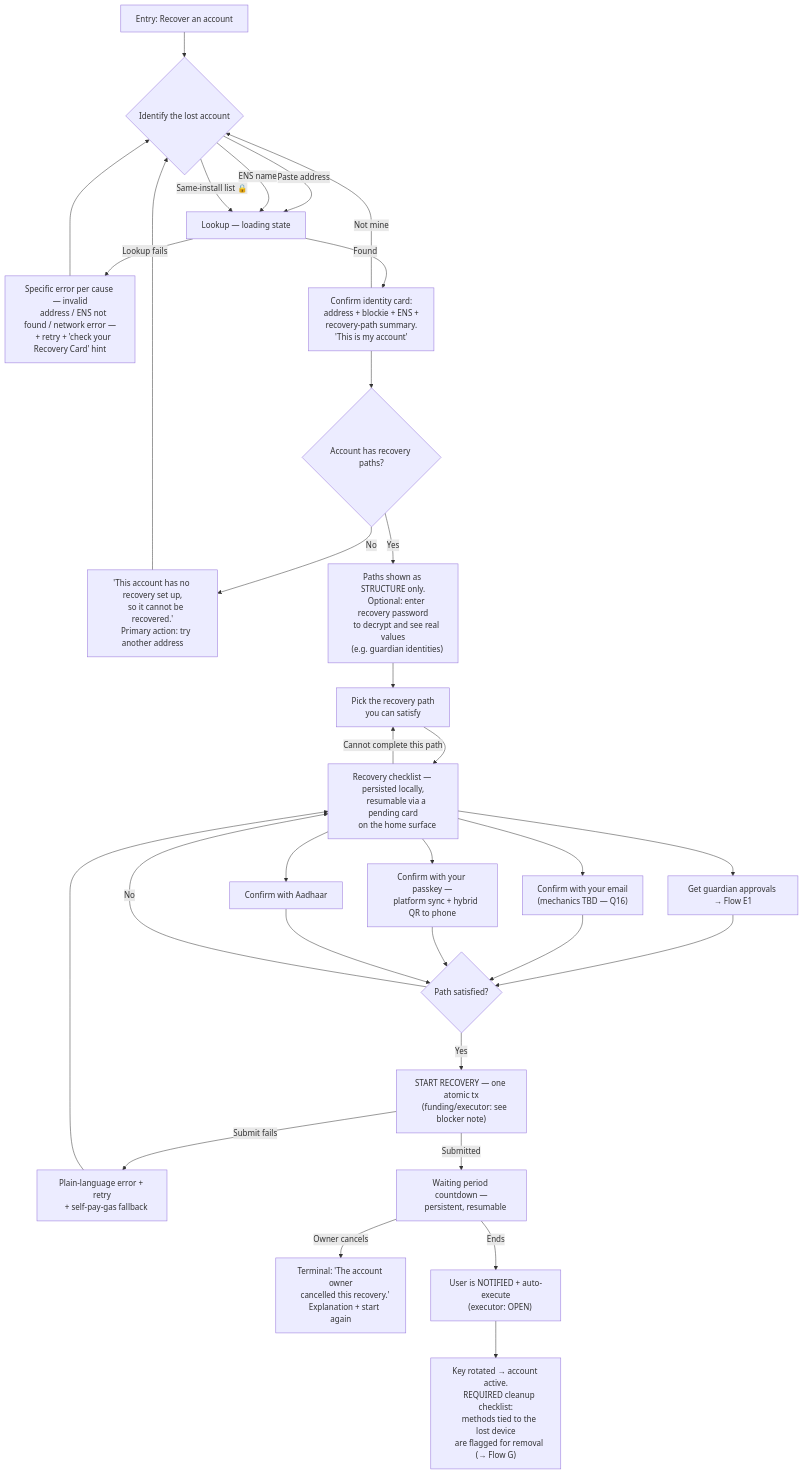
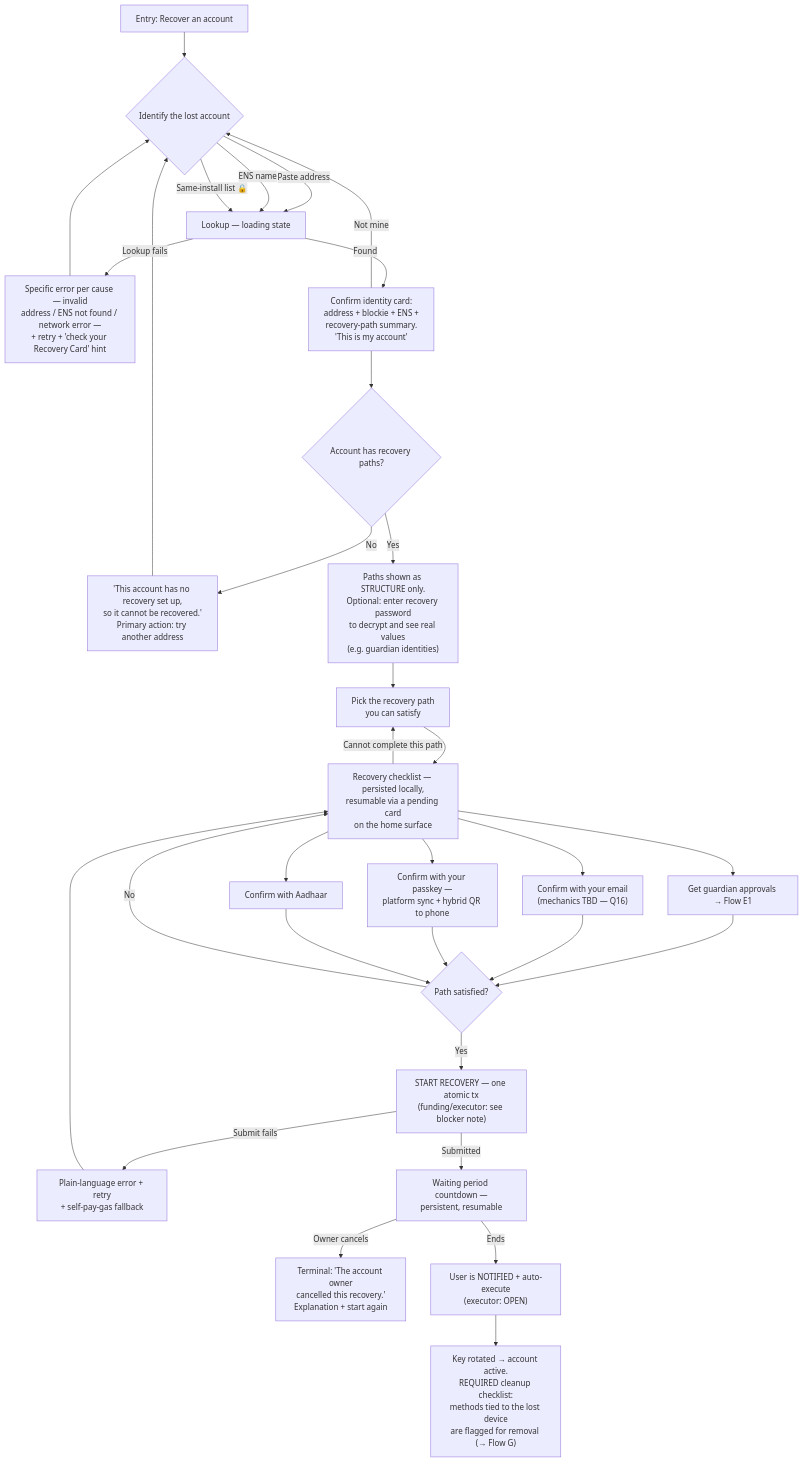
Before and after one commit to FiboAtWonder/kohaku-extension: the fifth of 10 diagrams in social-recovery-ux-flows.md, drawn with Mermaid. The commit also changed other lines of this file, not shown here.

First line of the commit message:
docs: single-line mermaid labels + cross-flow click links

````diff
--- a/social-recovery-ux-flows.md
+++ b/social-recovery-ux-flows.md
@@ -240,58 +226,37 @@
 ```mermaid
 flowchart TD
     A[Entry: Recover an account] --> B{"Identify the lost account"}
     B -->|Paste address| C["Lookup — loading state"]
     B -->|ENS name| C
     B -->|Same-install list 🔒| C
-    C -->|Lookup fails| C1["Specific error per cause — invalid
-    address / ENS not found / network error —
-    + retry + 'check your Recovery Card' hint"]
+    C -->|Lookup fails| C1["Specific error per cause — invalid<br/>address / ENS not found / network error —<br/>+ retry + 'check your Recovery Card' hint"]
     C1 --> B
-    C -->|Found| CC["Confirm identity card:
-    address + blockie + ENS +
-    recovery-path summary.
-    'This is my account'"]
+    C -->|Found| CC["Confirm identity card:<br/>address + blockie + ENS +<br/>recovery-path summary.<br/>'This is my account'"]
     CC -->|Not mine| B
     CC --> E{"Account has recovery paths?"}
-    E -- No --> X["'This account has no recovery set up,
-    so it cannot be recovered.'
-    Primary action: try another address"]
+    E -- No --> X["'This account has no recovery set up,<br/>so it cannot be recovered.'<br/>Primary action: try another address"]
     X --> B
-    E -- Yes --> V["Paths shown as STRUCTURE only.
-    Optional: enter recovery password
-    to decrypt and see real values
-    (e.g. guardian identities)"]
-    V --> F["Pick the recovery path
-    you can satisfy"]
-    F --> G["Recovery checklist — persisted locally,
-    resumable via a pending card
-    on the home surface"]
+    E -- Yes --> V["Paths shown as STRUCTURE only.<br/>Optional: enter recovery password<br/>to decrypt and see real values<br/>(e.g. guardian identities)"]
+    V --> F["Pick the recovery path<br/>you can satisfy"]
+    F --> G["Recovery checklist — persisted locally,<br/>resumable via a pending card<br/>on the home surface"]
     G --> G1[Get guardian approvals → Flow E1]
-    G --> G2["Confirm with your email
-    (mechanics TBD — Q16)"]
-    G --> G3["Confirm with your passkey —
-    platform sync + hybrid QR to phone"]
+    G --> G2["Confirm with your email<br/>(mechanics TBD — Q16)"]
+    G --> G3["Confirm with your passkey —<br/>platform sync + hybrid QR to phone"]
     G --> G4[Confirm with Aadhaar]
     G -->|Cannot complete this path| F
     G1 --> H{"Path satisfied?"}
     G2 --> H
     G3 --> H
     G4 --> H
     H -- No --> G
-    H -- Yes --> I["START RECOVERY — one atomic tx
-    (funding/executor: see blocker note)"]
-    I -->|Submit fails| I2["Plain-language error + retry
-    + self-pay-gas fallback"]
+    H -- Yes --> I["START RECOVERY — one atomic tx<br/>(funding/executor: see blocker note)"]
+    I -->|Submit fails| I2["Plain-language error + retry<br/>+ self-pay-gas fallback"]
     I2 --> G
-    I -->|Submitted| J["Waiting period countdown —
-    persistent, resumable"]
-    J -->|Owner cancels| XC["Terminal: 'The account owner
-    cancelled this recovery.'
-    Explanation + start again"]
-    J -->|Ends| K["User is NOTIFIED + auto-execute
-    (executor: OPEN)"]
-    K --> L["Key rotated → account active.
-    REQUIRED cleanup checklist:
-    methods tied to the lost device
-    are flagged for removal (→ Flow G)"]
+    I -->|Submitted| J["Waiting period countdown —<br/>persistent, resumable"]
+    J -->|Owner cancels| XC["Terminal: 'The account owner<br/>cancelled this recovery.'<br/>Explanation + start again"]
+    J -->|Ends| K["User is NOTIFIED + auto-execute<br/>(executor: OPEN)"]
+    K --> L["Key rotated → account active.<br/>REQUIRED cleanup checklist:<br/>methods tied to the lost device<br/>are flagged for removal (→ Flow G)"]
+
+    click G1 href "#flow-e1--sync-off-chain-signature-passing--default"
+    click L href "#flow-g--recovery-paths--method-management"
 ```
````
